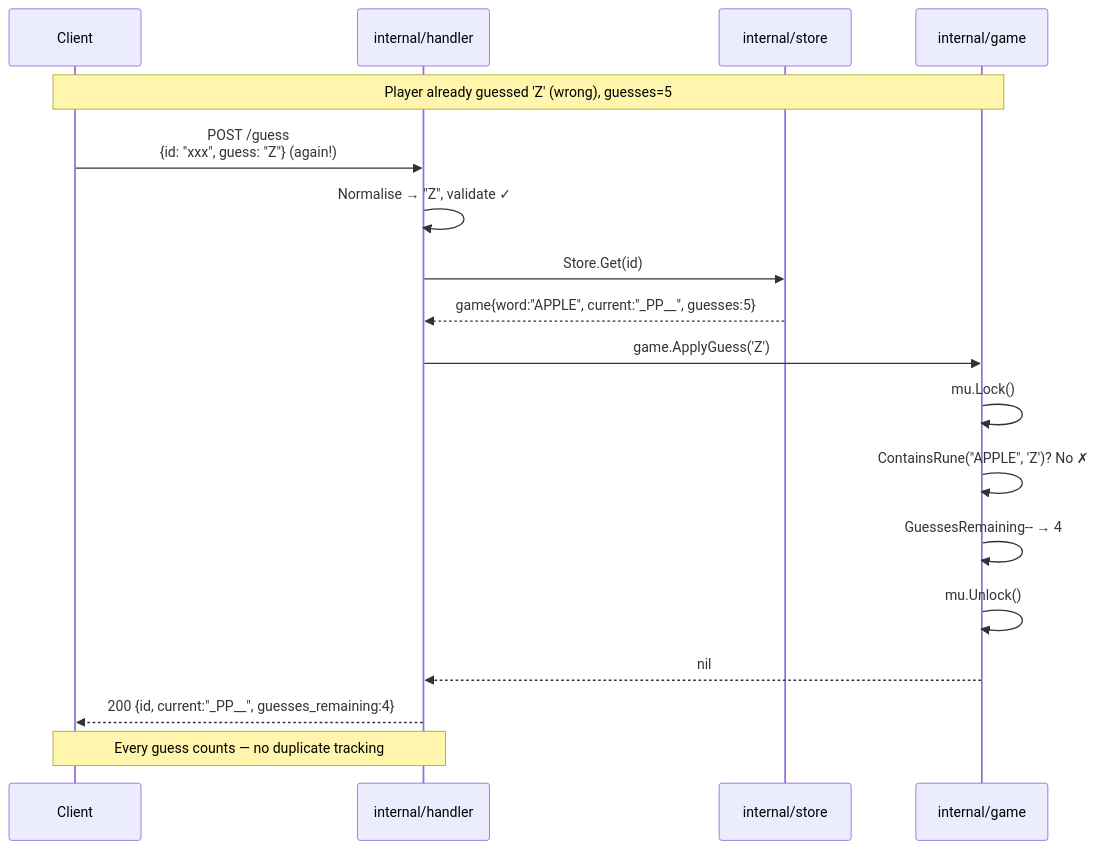
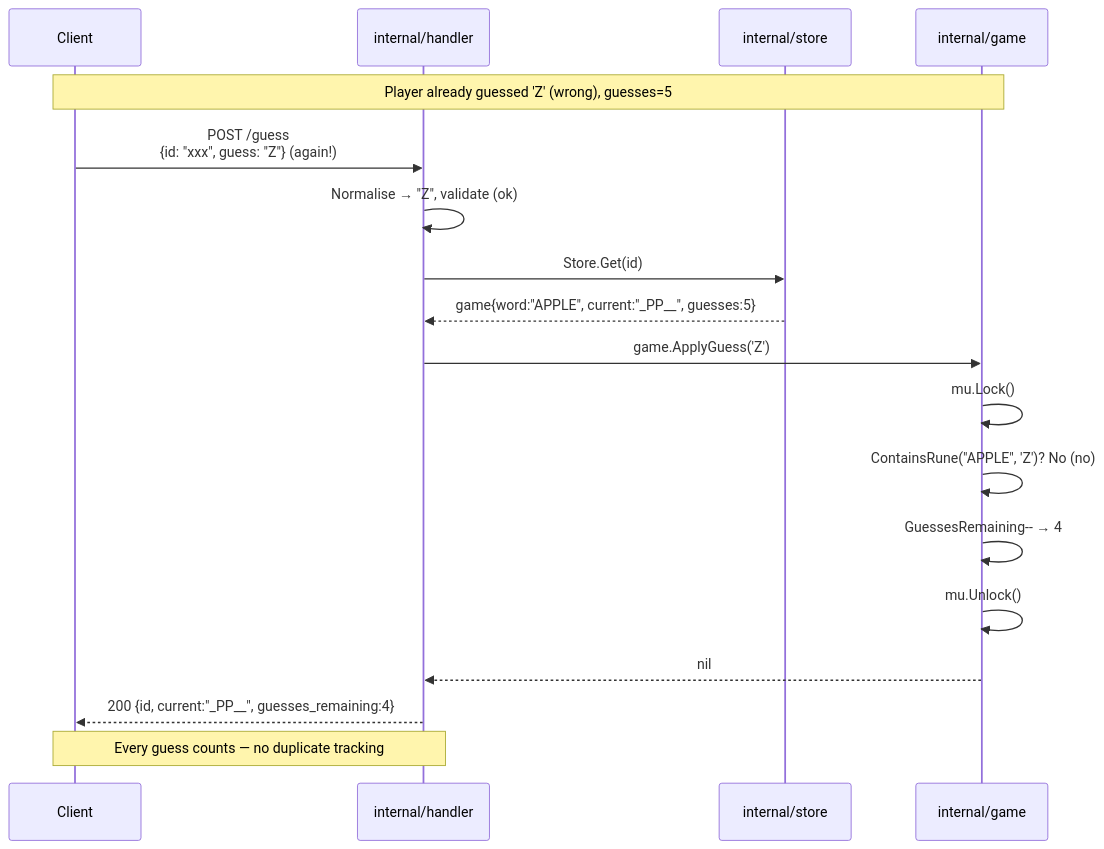
The fifth of 11 diagrams in docs.md (ajitm722/wordgame), drawn with Mermaid before and after one commit. The commit also changed other lines of this file and 14 other files, not shown here.

````diff
--- a/docs.md
+++ b/docs.md
@@ -498,24 +503,24 @@
 ```mermaid
 sequenceDiagram
     participant Client
     participant Handler as internal/handler
     participant Store as internal/store
     participant Game as internal/game
 
     Note over Client,Game: Player already guessed 'Z' (wrong), guesses=5
 
     Client->>Handler: POST /guess<br/>{id: "xxx", guess: "Z"} (again!)
-    Handler->>Handler: Normalise → "Z", validate ✓
+    Handler->>Handler: Normalise → "Z", validate (ok)
     Handler->>Store: Store.Get(id)
     Store-->>Handler: game{word:"APPLE", current:"_PP__", guesses:5}
 
     Handler->>Game: game.ApplyGuess('Z')
     Game->>Game: mu.Lock()
-    Game->>Game: ContainsRune("APPLE", 'Z')? No ✗
+    Game->>Game: ContainsRune("APPLE", 'Z')? No (no)
     Game->>Game: GuessesRemaining-- → 4
     Game->>Game: mu.Unlock()
     Game-->>Handler: nil
 
     Handler-->>Client: 200 {id, current:"_PP__", guesses_remaining:4}
     Note over Client,Handler: Every guess counts — no duplicate tracking
 ```
````
